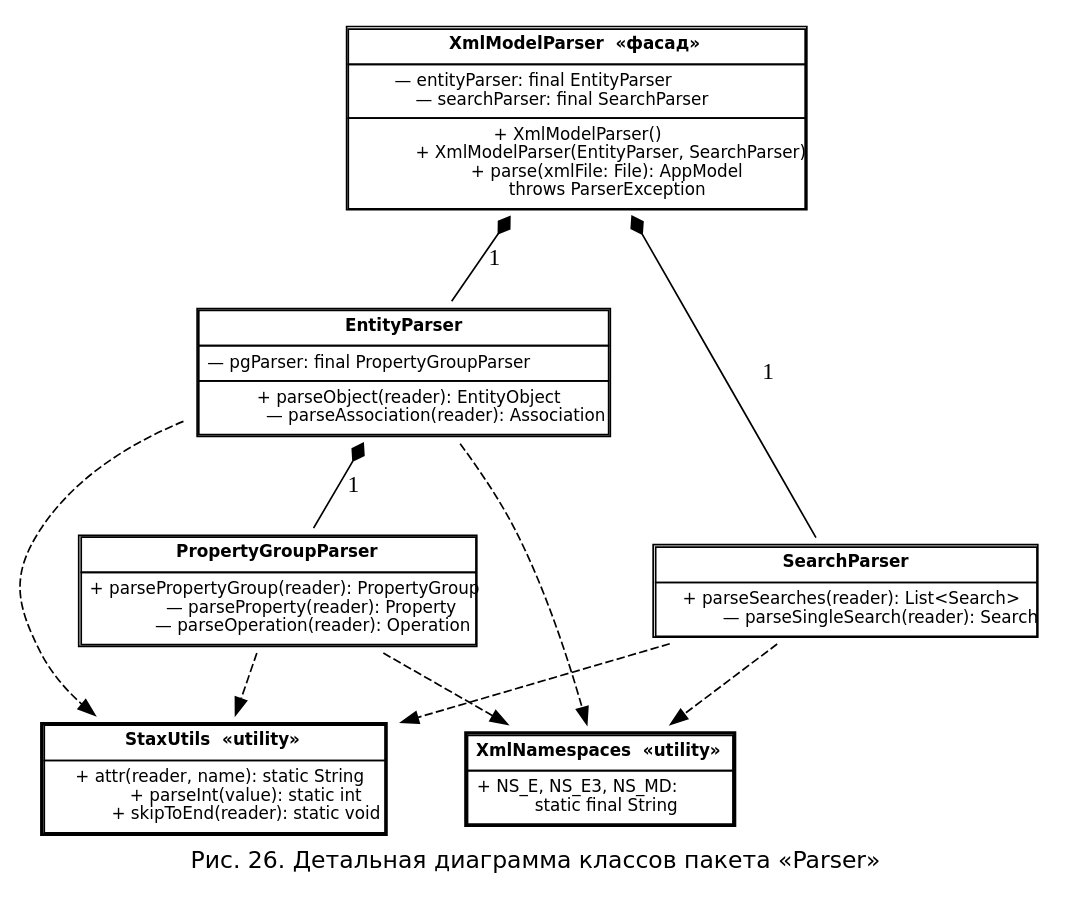
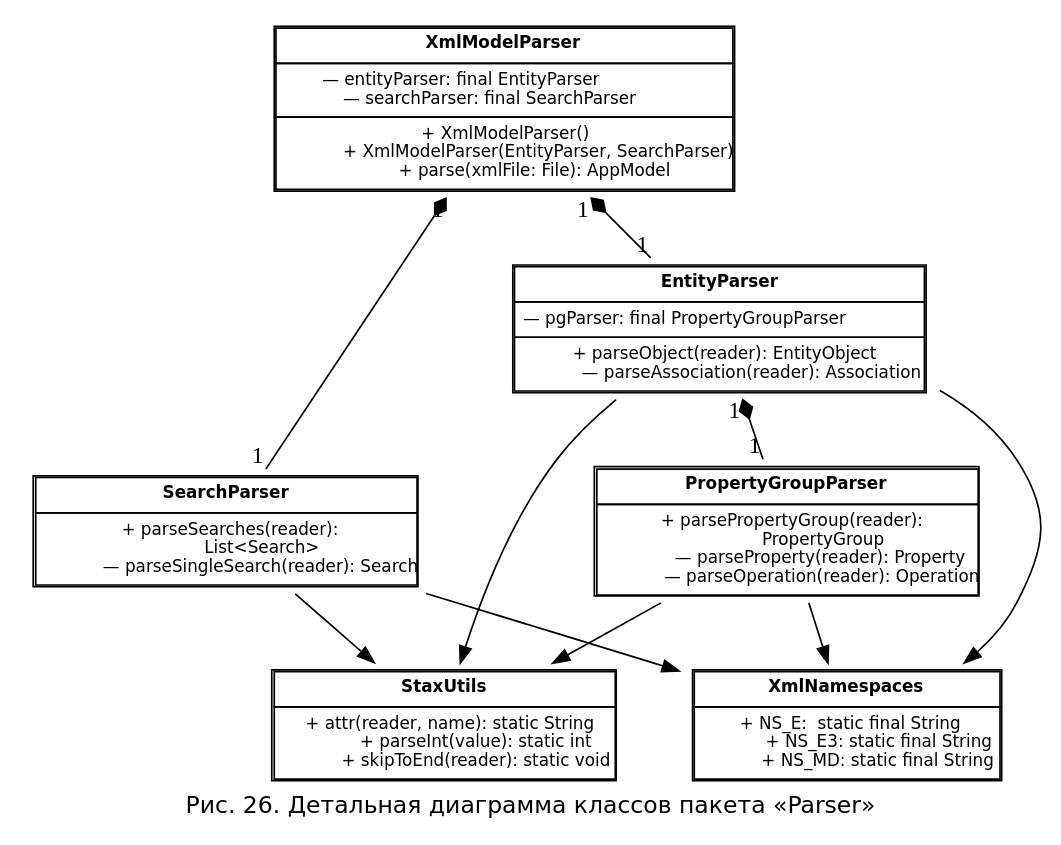
One commit to nastolbov/AutoTestGeneratorUpdate changed the diagram in diagrams/cls_parser_detail.dot. Above: the diagram before and after it, drawn with Graphviz. The commit also changed 45 other files, not shown here.

```diff
--- a/diagrams/cls_parser_detail.dot
+++ b/diagrams/cls_parser_detail.dot
@@ -1,49 +1,51 @@
 digraph PD {
     rankdir=TB; fontname="DejaVu Sans"; fontsize=14;
     label="Рис. 26. Детальная диаграмма классов пакета «Parser»"; labelloc=b;
     nodesep=0.4;
     node [fontname="DejaVu Sans", fontsize=10, shape=plaintext];
 
-    XmlModelParser [label=<<TABLE BORDER="1" CELLBORDER="1" CELLSPACING="0" CELLPADDING="4" BGCOLOR="white">
-        <TR><TD><B>XmlModelParser  «фасад»</B></TD></TR>
+    XMP [label=<<TABLE BORDER="1" CELLBORDER="1" CELLSPACING="0" CELLPADDING="4" BGCOLOR="white">
+        <TR><TD><B>XmlModelParser</B></TD></TR>
         <TR><TD ALIGN="LEFT">— entityParser: final EntityParser<BR/>
             — searchParser: final SearchParser</TD></TR>
         <TR><TD ALIGN="LEFT">+ XmlModelParser()<BR/>
             + XmlModelParser(EntityParser, SearchParser)<BR/>
-            + parse(xmlFile: File): AppModel<BR/>
-            throws ParserException</TD></TR></TABLE>>];
+            + parse(xmlFile: File): AppModel</TD></TR></TABLE>>];
 
-    EntityParser [label=<<TABLE BORDER="1" CELLBORDER="1" CELLSPACING="0" CELLPADDING="4" BGCOLOR="white">
+    EP [label=<<TABLE BORDER="1" CELLBORDER="1" CELLSPACING="0" CELLPADDING="4" BGCOLOR="white">
         <TR><TD><B>EntityParser</B></TD></TR>
         <TR><TD ALIGN="LEFT">— pgParser: final PropertyGroupParser</TD></TR>
         <TR><TD ALIGN="LEFT">+ parseObject(reader): EntityObject<BR/>
             — parseAssociation(reader): Association</TD></TR></TABLE>>];
 
-    PGParser [label=<<TABLE BORDER="1" CELLBORDER="1" CELLSPACING="0" CELLPADDING="4" BGCOLOR="white">
+    PGP [label=<<TABLE BORDER="1" CELLBORDER="1" CELLSPACING="0" CELLPADDING="4" BGCOLOR="white">
         <TR><TD><B>PropertyGroupParser</B></TD></TR>
-        <TR><TD ALIGN="LEFT">+ parsePropertyGroup(reader): PropertyGroup<BR/>
+        <TR><TD ALIGN="LEFT">+ parsePropertyGroup(reader):<BR/>
+              PropertyGroup<BR/>
             — parseProperty(reader): Property<BR/>
             — parseOperation(reader): Operation</TD></TR></TABLE>>];
 
-    SearchParser [label=<<TABLE BORDER="1" CELLBORDER="1" CELLSPACING="0" CELLPADDING="4" BGCOLOR="white">
+    SP [label=<<TABLE BORDER="1" CELLBORDER="1" CELLSPACING="0" CELLPADDING="4" BGCOLOR="white">
         <TR><TD><B>SearchParser</B></TD></TR>
-        <TR><TD ALIGN="LEFT">+ parseSearches(reader): List&lt;Search&gt;<BR/>
+        <TR><TD ALIGN="LEFT">+ parseSearches(reader):<BR/>
+              List&lt;Search&gt;<BR/>
             — parseSingleSearch(reader): Search</TD></TR></TABLE>>];
 
-    StaxUtils [label=<<TABLE BORDER="2" CELLBORDER="1" CELLSPACING="0" CELLPADDING="4" BGCOLOR="white">
-        <TR><TD><B>StaxUtils  «utility»</B></TD></TR>
+    SU [label=<<TABLE BORDER="1" CELLBORDER="1" CELLSPACING="0" CELLPADDING="4" BGCOLOR="white">
+        <TR><TD><B>StaxUtils</B></TD></TR>
         <TR><TD ALIGN="LEFT">+ attr(reader, name): static String<BR/>
             + parseInt(value): static int<BR/>
             + skipToEnd(reader): static void</TD></TR></TABLE>>];
 
-    XmlNamespaces [label=<<TABLE BORDER="2" CELLBORDER="1" CELLSPACING="0" CELLPADDING="4" BGCOLOR="white">
-        <TR><TD><B>XmlNamespaces  «utility»</B></TD></TR>
-        <TR><TD ALIGN="LEFT">+ NS_E, NS_E3, NS_MD:<BR/>
-            static final String</TD></TR></TABLE>>];
+    XN [label=<<TABLE BORDER="1" CELLBORDER="1" CELLSPACING="0" CELLPADDING="4" BGCOLOR="white">
+        <TR><TD><B>XmlNamespaces</B></TD></TR>
+        <TR><TD ALIGN="LEFT">+ NS_E:  static final String<BR/>
+            + NS_E3: static final String<BR/>
+            + NS_MD: static final String</TD></TR></TABLE>>];
 
-    XmlModelParser -> EntityParser [arrowtail=diamond, dir=back, label="1"];
-    XmlModelParser -> SearchParser [arrowtail=diamond, dir=back, label="1"];
-    EntityParser -> PGParser [arrowtail=diamond, dir=back, label="1"];
-    EntityParser -> StaxUtils [style=dashed]; PGParser -> StaxUtils [style=dashed]; SearchParser -> StaxUtils [style=dashed];
-    EntityParser -> XmlNamespaces [style=dashed]; PGParser -> XmlNamespaces [style=dashed]; SearchParser -> XmlNamespaces [style=dashed];
+    XMP -> EP  [arrowtail=diamond, dir=back, taillabel="1", headlabel="1"];
+    XMP -> SP  [arrowtail=diamond, dir=back, taillabel="1", headlabel="1"];
+    EP  -> PGP [arrowtail=diamond, dir=back, taillabel="1", headlabel="1"];
+    EP  -> SU; PGP -> SU; SP -> SU;
+    EP  -> XN; PGP -> XN; SP -> XN;
 }
```
